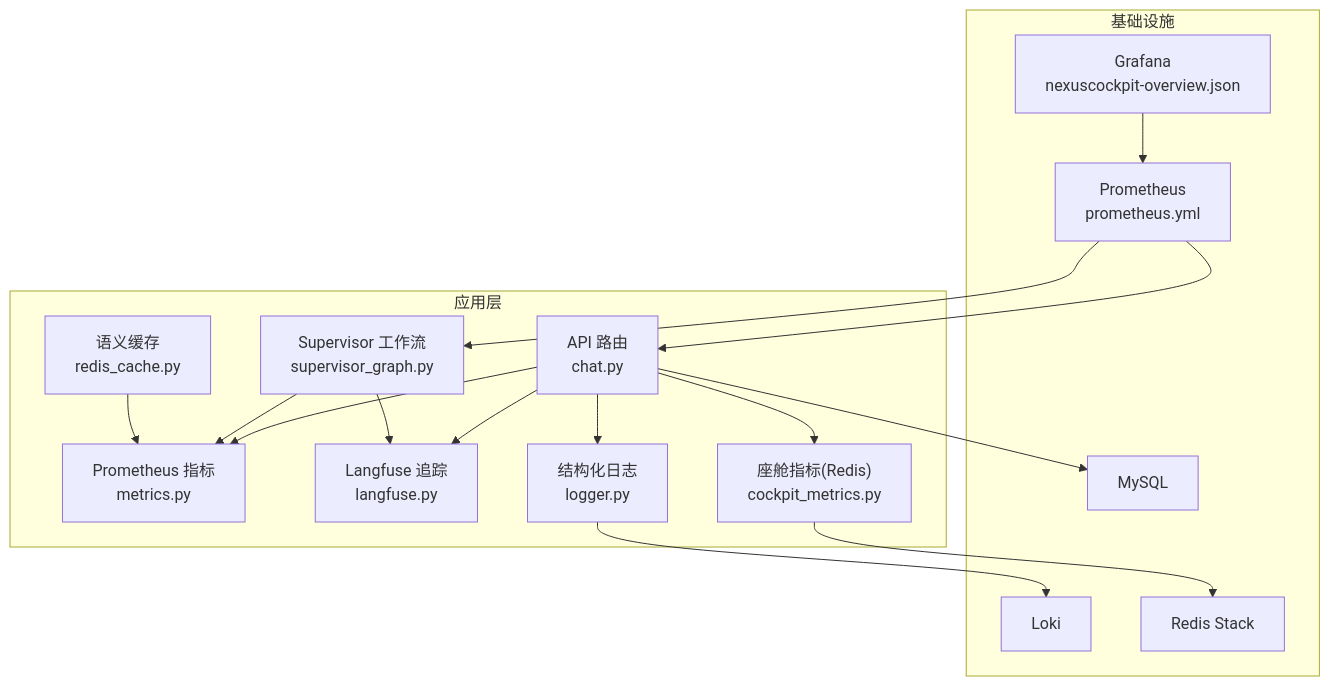
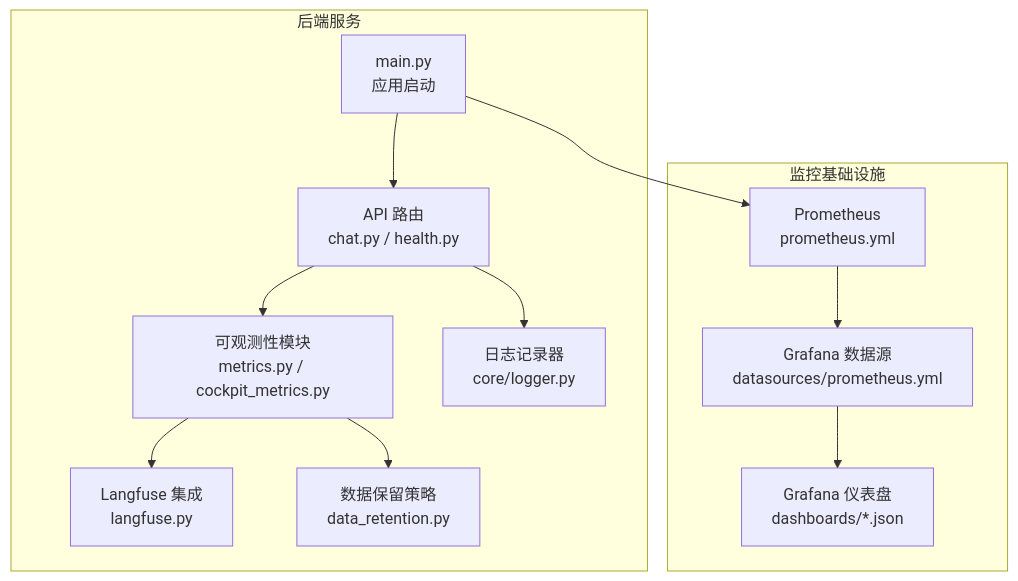
The first of 10 diagrams in .qoder/repowiki/zh/content/可观测性系统/可观测性系统.md (zmdhdu/NexusCockpit), drawn with Mermaid before and after one commit. The commit also changed other lines of this file and 535 other files, not shown here.

````diff
--- a/.qoder/repowiki/zh/content/可观测性系统/可观测性系统.md
+++ b/.qoder/repowiki/zh/content/可观测性系统/可观测性系统.md
@@ -48,32 +39,18 @@
 ```mermaid
 graph TB
-subgraph "应用层"
-API["API 路由<br/>chat.py"]
-AGENT["Supervisor 工作流<br/>supervisor_graph.py"]
-CACHE["语义缓存<br/>redis_cache.py"]
-OBS_METRICS["Prometheus 指标<br/>metrics.py"]
-OBS_LF["Langfuse 追踪<br/>langfuse.py"]
-OBS_COCKPIT["座舱指标(Redis)<br/>cockpit_metrics.py"]
-LOG["结构化日志<br/>logger.py"]
+subgraph "后端服务"
+A["main.py<br/>应用启动"] --> B["API 路由<br/>chat.py / health.py"]
+B --> C["可观测性模块<br/>metrics.py / cockpit_metrics.py"]
+C --> D["Langfuse 集成<br/>langfuse.py"]
+C --> E["数据保留策略<br/>data_retention.py"]
+B --> F["日志记录器<br/>core/logger.py"]
 end
-subgraph "基础设施"
-PROM["Prometheus<br/>prometheus.yml"]
-GRAF["Grafana<br/>nexuscockpit-overview.json"]
-LOKI["Loki"]
-REDIS["Redis Stack"]
-MYSQL["MySQL"]
+subgraph "监控基础设施"
+G["Prometheus<br/>prometheus.yml"]
+H["Grafana 数据源<br/>datasources/prometheus.yml"]
+I["Grafana 仪表盘<br/>dashboards/*.json"]
 end
-API --> OBS_METRICS
-API --> OBS_LF
-API --> OBS_COCKPIT
-API --> LOG
-AGENT --> OBS_METRICS
-AGENT --> OBS_LF
-CACHE --> OBS_METRICS
-OBS_COCKPIT --> REDIS
-PROM --> API
-PROM --> AGENT
-GRAF --> PROM
-API --> MYSQL
-LOG --> LOKI
+A --> G
+G --> H
+H --> I
 ```
````
